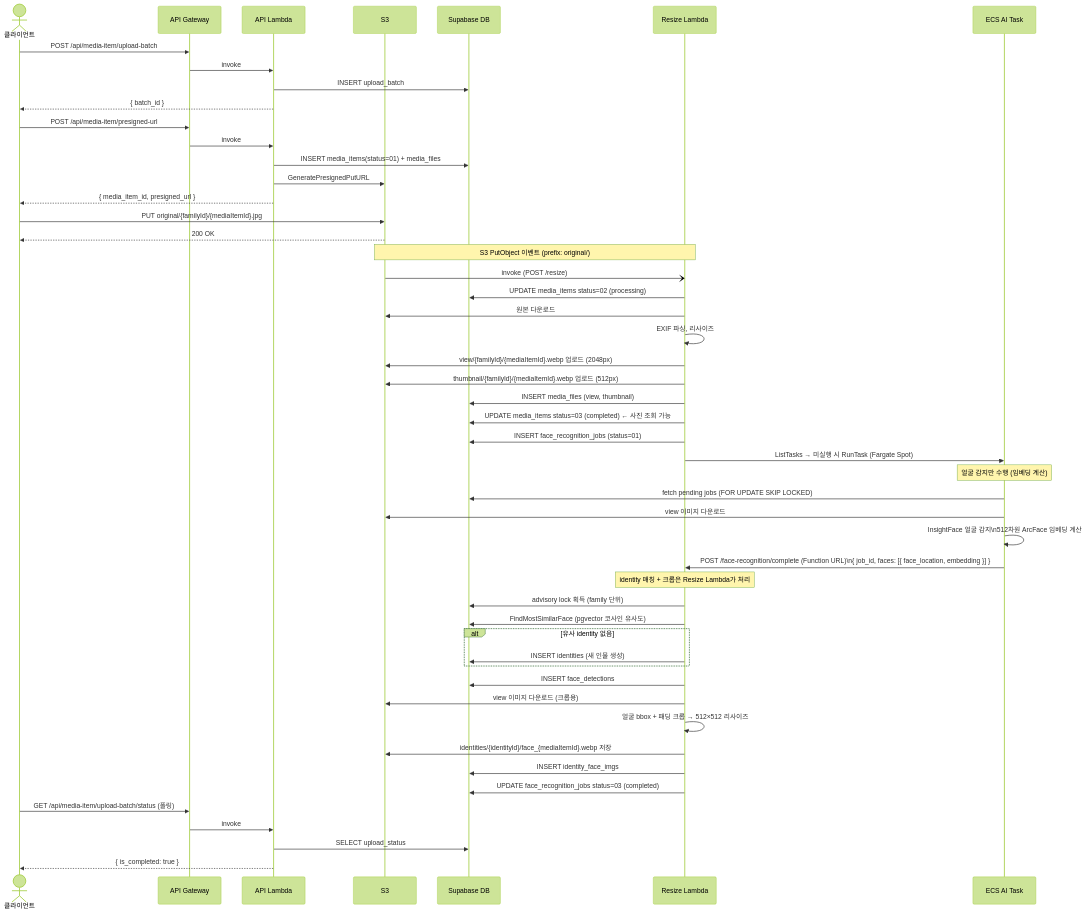
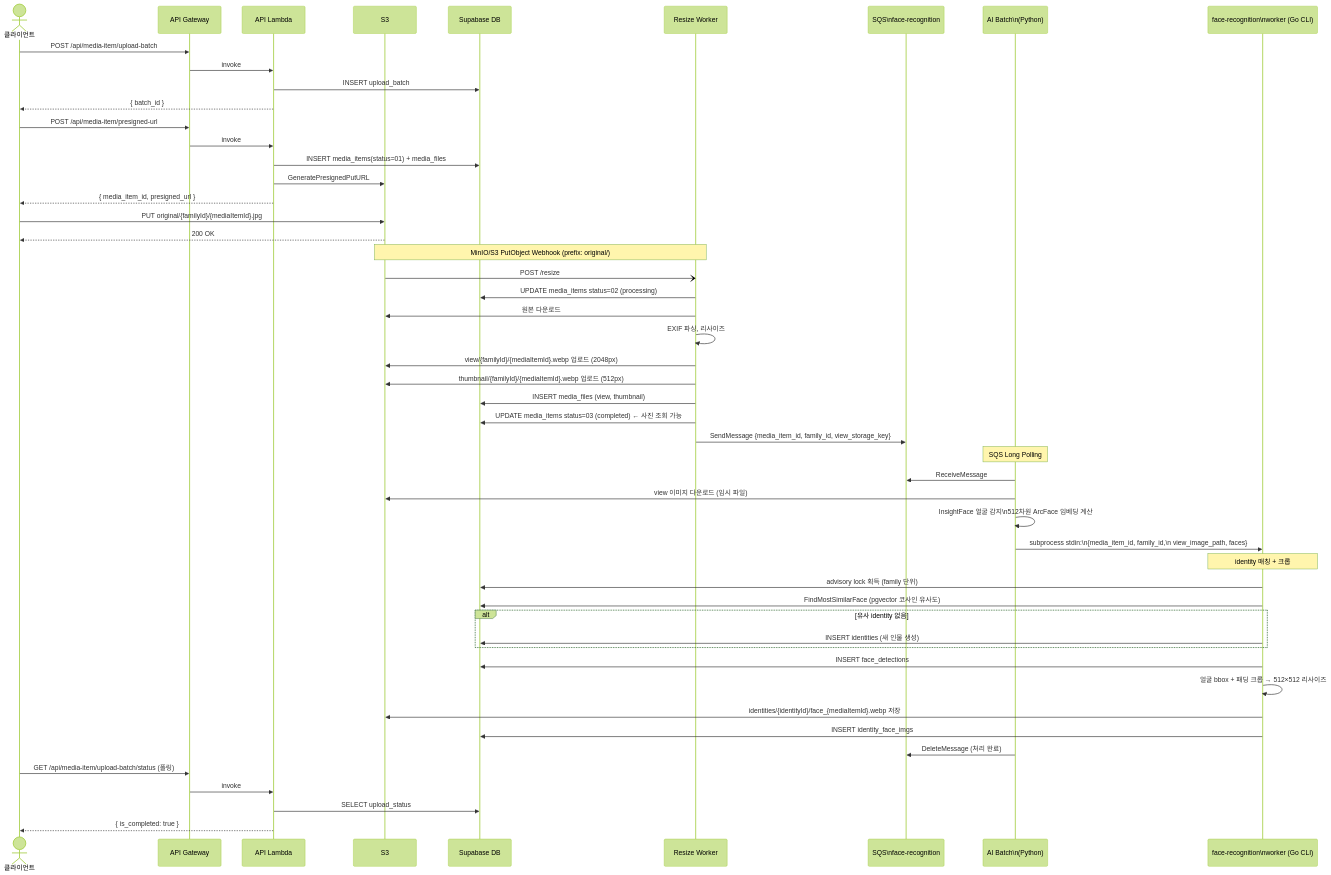
One commit to ywl0806/yuno_kiroku changed the second of 8 diagrams in docs/03-aws-infrastructure.md. Above: the diagram before and after it, drawn with Mermaid (forest theme). The commit also changed other lines of this file and 25 other files, not shown here.

````diff
--- a/docs/03-aws-infrastructure.md
+++ b/docs/03-aws-infrastructure.md
@@ -95,60 +108,60 @@
 ```mermaid
 sequenceDiagram
     actor C as 클라이언트
     participant APIGW as API Gateway
     participant API as API Lambda
     participant S3 as S3
     participant DB as Supabase DB
-    participant RL as Resize Lambda
-    participant ECS as ECS AI Task
+    participant RW as Resize Worker
+    participant SQS_F as SQS\nface-recognition
+    participant AI as AI Batch\n(Python)
+    participant GoCLI as face-recognition\nworker (Go CLI)
 
     C->>APIGW: POST /api/media-item/upload-batch
     APIGW->>API: invoke
     API->>DB: INSERT upload_batch
     API-->>C: { batch_id }
 
     C->>APIGW: POST /api/media-item/presigned-url
     APIGW->>API: invoke
     API->>DB: INSERT media_items(status=01) + media_files
     API->>S3: GeneratePresignedPutURL
     API-->>C: { media_item_id, presigned_url }
 
     C->>S3: PUT original/{familyId}/{mediaItemId}.jpg
     S3-->>C: 200 OK
 
-    Note over S3,RL: S3 PutObject 이벤트 (prefix: original/)
-    S3-)RL: invoke (POST /resize)
-    RL->>DB: UPDATE media_items status=02 (processing)
-    RL->>S3: 원본 다운로드
-    RL->>RL: EXIF 파싱, 리사이즈
-    RL->>S3: view/{familyId}/{mediaItemId}.webp 업로드 (2048px)
-    RL->>S3: thumbnail/{familyId}/{mediaItemId}.webp 업로드 (512px)
-    RL->>DB: INSERT media_files (view, thumbnail)
-    RL->>DB: UPDATE media_items status=03 (completed) ← 사진 조회 가능
-    RL->>DB: INSERT face_recognition_jobs (status=01)
-    RL->>ECS: ListTasks → 미실행 시 RunTask (Fargate Spot)
+    Note over S3,RW: MinIO/S3 PutObject Webhook (prefix: original/)
+    S3-)RW: POST /resize
+    RW->>DB: UPDATE media_items status=02 (processing)
+    RW->>S3: 원본 다운로드
+    RW->>RW: EXIF 파싱, 리사이즈
+    RW->>S3: view/{familyId}/{mediaItemId}.webp 업로드 (2048px)
+    RW->>S3: thumbnail/{familyId}/{mediaItemId}.webp 업로드 (512px)
+    RW->>DB: INSERT media_files (view, thumbnail)
+    RW->>DB: UPDATE media_items status=03 (completed) ← 사진 조회 가능
+    RW->>SQS_F: SendMessage {media_item_id, family_id, view_storage_key}
 
-    Note over ECS: 얼굴 감지만 수행 (임베딩 계산)
-    ECS->>DB: fetch pending jobs (FOR UPDATE SKIP LOCKED)
-    ECS->>S3: view 이미지 다운로드
-    ECS->>ECS: InsightFace 얼굴 감지\n512차원 ArcFace 임베딩 계산
-    ECS->>RL: POST /face-recognition/complete (Function URL)\n{ job_id, faces: [{ face_location, embedding }] }
+    Note over AI: SQS Long Polling
+    AI->>SQS_F: ReceiveMessage
+    AI->>S3: view 이미지 다운로드 (임시 파일)
+    AI->>AI: InsightFace 얼굴 감지\n512차원 ArcFace 임베딩 계산
+    AI->>GoCLI: subprocess stdin:\n{media_item_id, family_id,\n view_image_path, faces}
 
-    Note over RL: identity 매칭 + 크롭은 Resize Lambda가 처리
-    RL->>DB: advisory lock 획득 (family 단위)
-    RL->>DB: FindMostSimilarFace (pgvector 코사인 유사도)
+    Note over GoCLI: identity 매칭 + 크롭
+    GoCLI->>DB: advisory lock 획득 (family 단위)
+    GoCLI->>DB: FindMostSimilarFace (pgvector 코사인 유사도)
     alt 유사 identity 없음
-        RL->>DB: INSERT identities (새 인물 생성)
+        GoCLI->>DB: INSERT identities (새 인물 생성)
     end
-    RL->>DB: INSERT face_detections
-    RL->>S3: view 이미지 다운로드 (크롭용)
-    RL->>RL: 얼굴 bbox + 패딩 크롭 → 512×512 리사이즈
-    RL->>S3: identities/{identityId}/face_{mediaItemId}.webp 저장
-    RL->>DB: INSERT identity_face_imgs
-    RL->>DB: UPDATE face_recognition_jobs status=03 (completed)
+    GoCLI->>DB: INSERT face_detections
+    GoCLI->>GoCLI: 얼굴 bbox + 패딩 크롭 → 512×512 리사이즈
+    GoCLI->>S3: identities/{identityId}/face_{mediaItemId}.webp 저장
+    GoCLI->>DB: INSERT identity_face_imgs
+    AI->>SQS_F: DeleteMessage (처리 완료)
 
     C->>APIGW: GET /api/media-item/upload-batch/status (폴링)
     APIGW->>API: invoke
     API->>DB: SELECT upload_status
     API-->>C: { is_completed: true }
 ```
````
